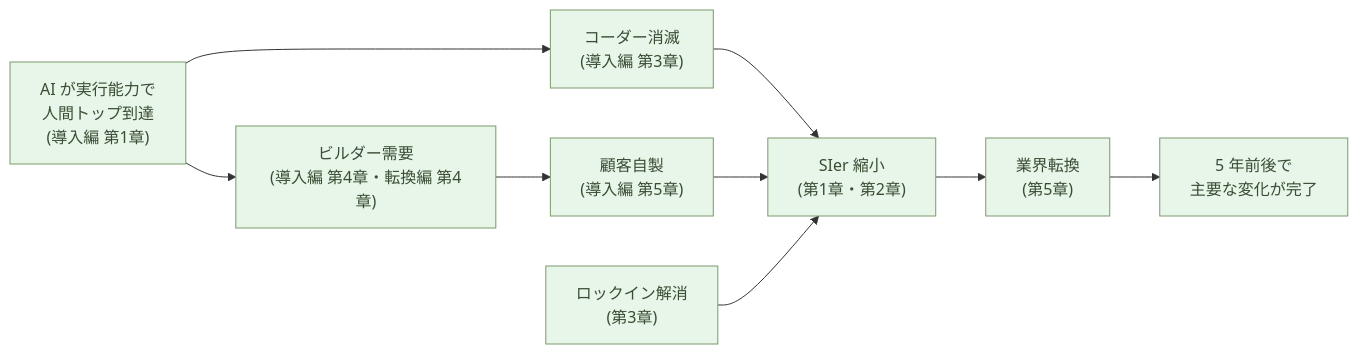
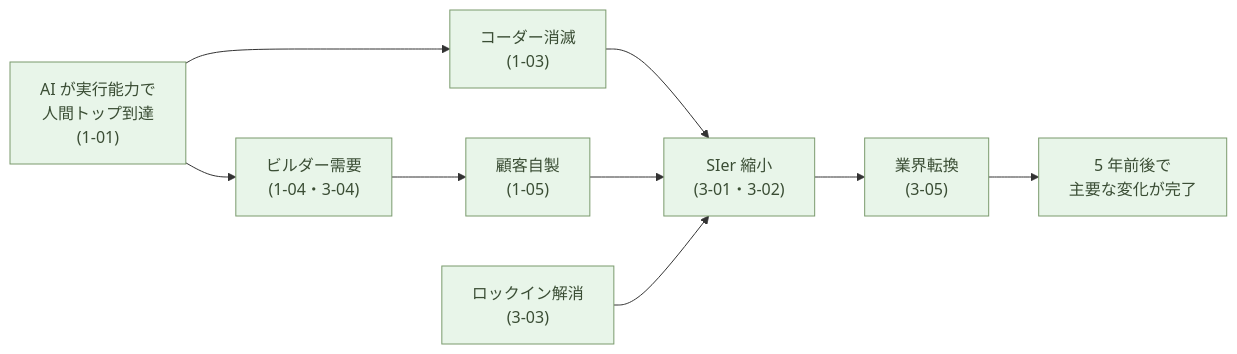
Before and after one commit to aiseed-dev/website: the diagram in articles/ai-native-ways/software/24-five-years/ja.md, drawn with Mermaid. The commit also changed other lines of this file and 64 other files, not shown here.

````diff
--- a/articles/ai-native-ways/software/24-five-years/ja.md
+++ b/articles/ai-native-ways/software/24-five-years/ja.md
@@ -49,23 +49,23 @@
 ```mermaid
 flowchart LR
-  AI["AI が実行能力で<br/>人間トップ到達<br/>(導入編 第1章)"]
-  Coder["コーダー消滅<br/>(導入編 第3章)"]
-  Builder["ビルダー需要<br/>(導入編 第4章・転換編 第4章)"]
-  Customer["顧客自製<br/>(導入編 第5章)"]
-  SIer["SIer 縮小<br/>(第1章・第2章)"]
-  Lock["ロックイン解消<br/>(第3章)"]
-  Industry["業界転換<br/>(第5章)"]
+  AI["AI が実行能力で<br/>人間トップ到達<br/>(1-01)"]
+  Coder["コーダー消滅<br/>(1-03)"]
+  Builder["ビルダー需要<br/>(1-04・3-04)"]
+  Customer["顧客自製<br/>(1-05)"]
+  SIer["SIer 縮小<br/>(3-01・3-02)"]
+  Lock["ロックイン解消<br/>(3-03)"]
+  Industry["業界転換<br/>(3-05)"]
   Done["5 年前後で<br/>主要な変化が完了"]
 
   AI --> Coder
   AI --> Builder
   Builder --> Customer
   Coder --> SIer
   Customer --> SIer
   Lock --> SIer
   SIer --> Industry
   Industry --> Done
 
   classDef good fill:#e8f5e9,stroke:#7a9a6d,color:#3a4d34
   class AI,Coder,Builder,Customer,SIer,Lock,Industry,Done good
 ```
````
